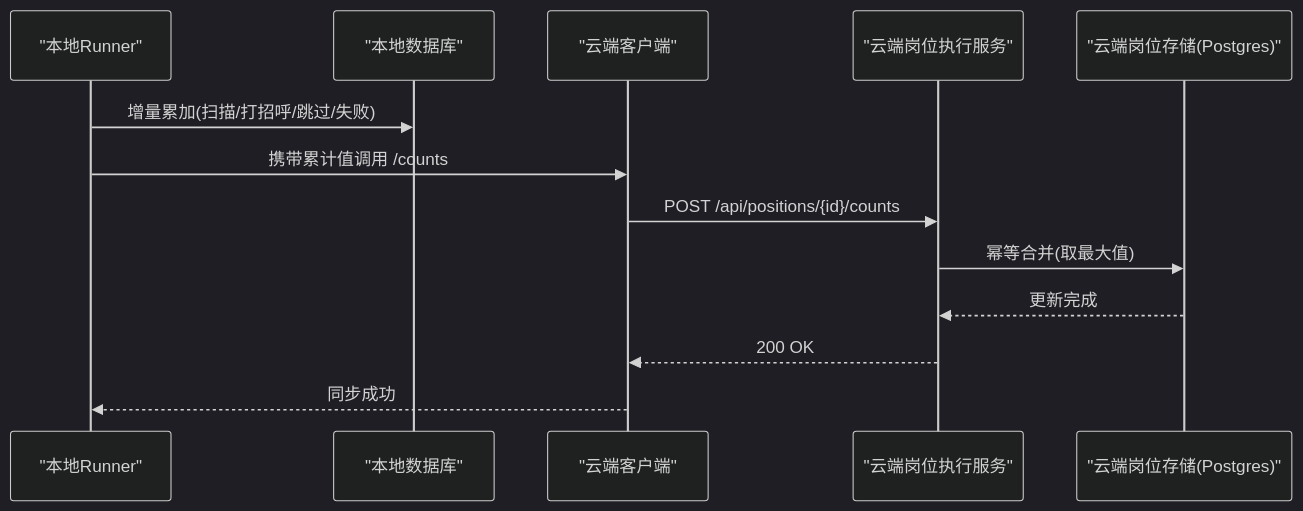
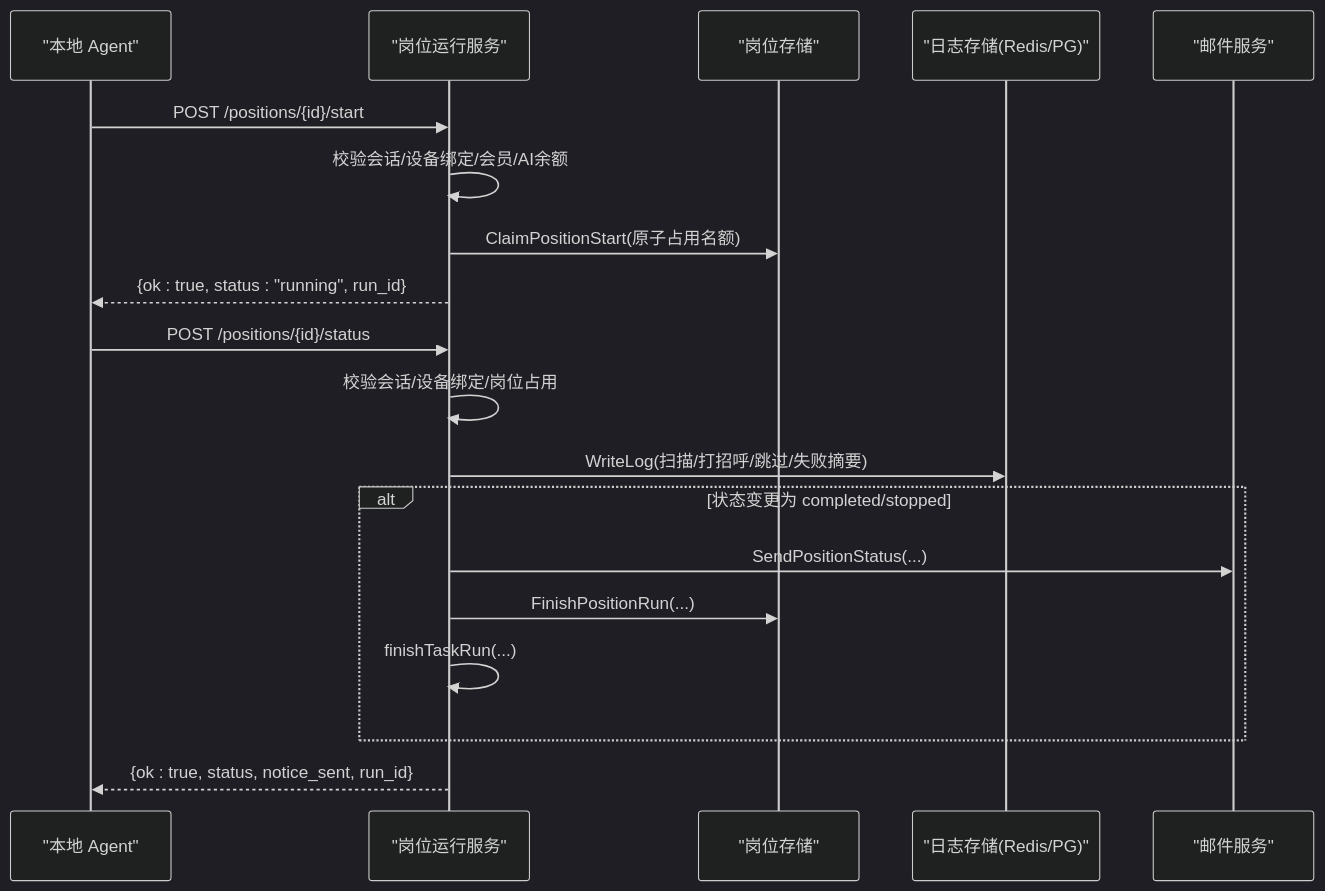
One commit to alvinwangzi/goodhr changed the second of 4 diagrams in .qoder/repowiki/zh/content/云端后端服务/候选人处理系统/候选人数据摄入/岗位统计同步.md. Above: the diagram before and after it, drawn with Mermaid (dark theme). The commit also changed other lines of this file and 149 other files, not shown here.

````diff
--- a/.qoder/repowiki/zh/content/云端后端服务/候选人处理系统/候选人数据摄入/岗位统计同步.md
+++ b/.qoder/repowiki/zh/content/云端后端服务/候选人处理系统/候选人数据摄入/岗位统计同步.md
@@ -101,15 +110,21 @@
 ```mermaid
 sequenceDiagram
-participant L as "本地Runner"
-participant DB as "本地数据库"
-participant CL as "云端客户端"
-participant S as "云端岗位执行服务"
-participant PG as "云端岗位存储(Postgres)"
-L->>DB : 增量累加(扫描/打招呼/跳过/失败)
-L->>CL : 携带累计值调用 /counts
-CL->>S : POST /api/positions/{id}/counts
-S->>PG : 幂等合并(取最大值)
-PG-->>S : 更新完成
-S-->>CL : 200 OK
-CL-->>L : 同步成功
+participant Agent as "本地 Agent"
+participant Exec as "岗位运行服务"
+participant Store as "岗位存储"
+participant Logs as "日志存储(Redis/PG)"
+participant Mail as "邮件服务"
+Agent->>Exec : POST /positions/{id}/start
+Exec->>Exec : 校验会话/设备绑定/会员/AI余额
+Exec->>Store : ClaimPositionStart(原子占用名额)
+Exec-->>Agent : {ok : true, status : "running", run_id}
+Agent->>Exec : POST /positions/{id}/status
+Exec->>Exec : 校验会话/设备绑定/岗位占用
+Exec->>Logs : WriteLog(扫描/打招呼/跳过/失败摘要)
+alt 状态变更为 completed/stopped
+Exec->>Mail : SendPositionStatus(...)
+Exec->>Store : FinishPositionRun(...)
+Exec->>Exec : finishTaskRun(...)
+end
+Exec-->>Agent : {ok : true, status, notice_sent, run_id}
 ```
````
